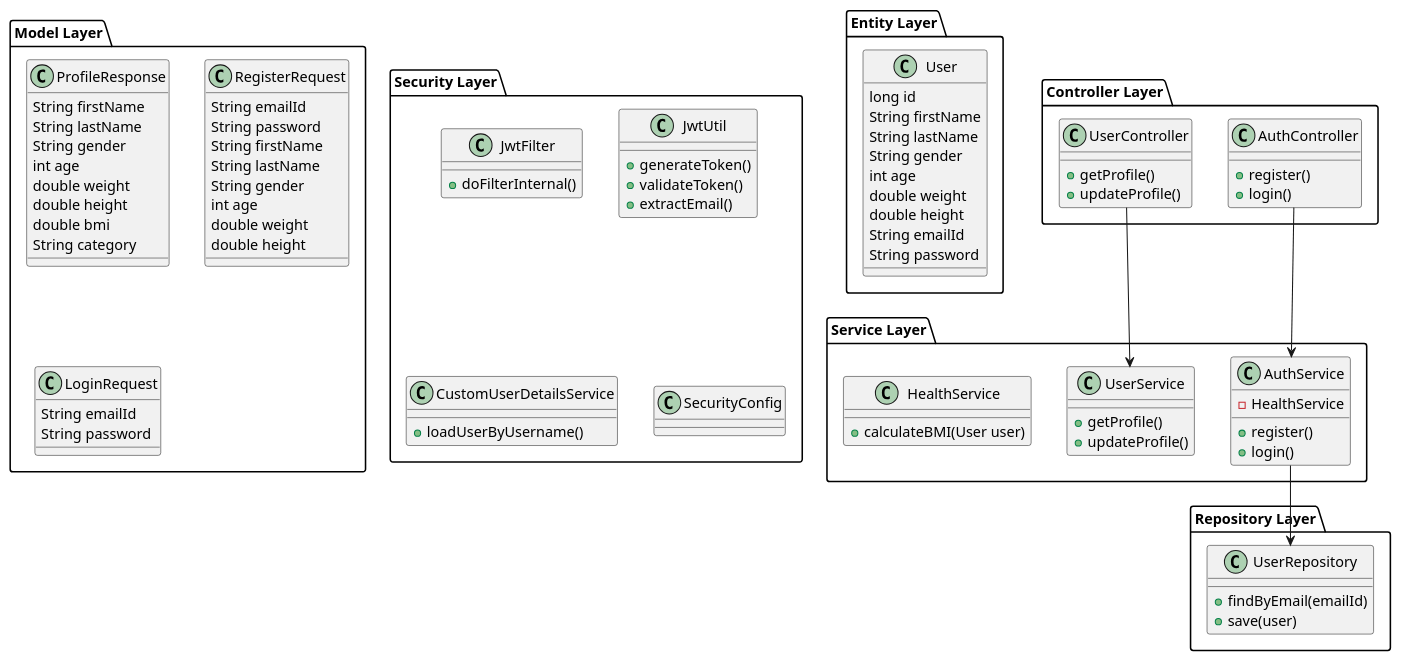
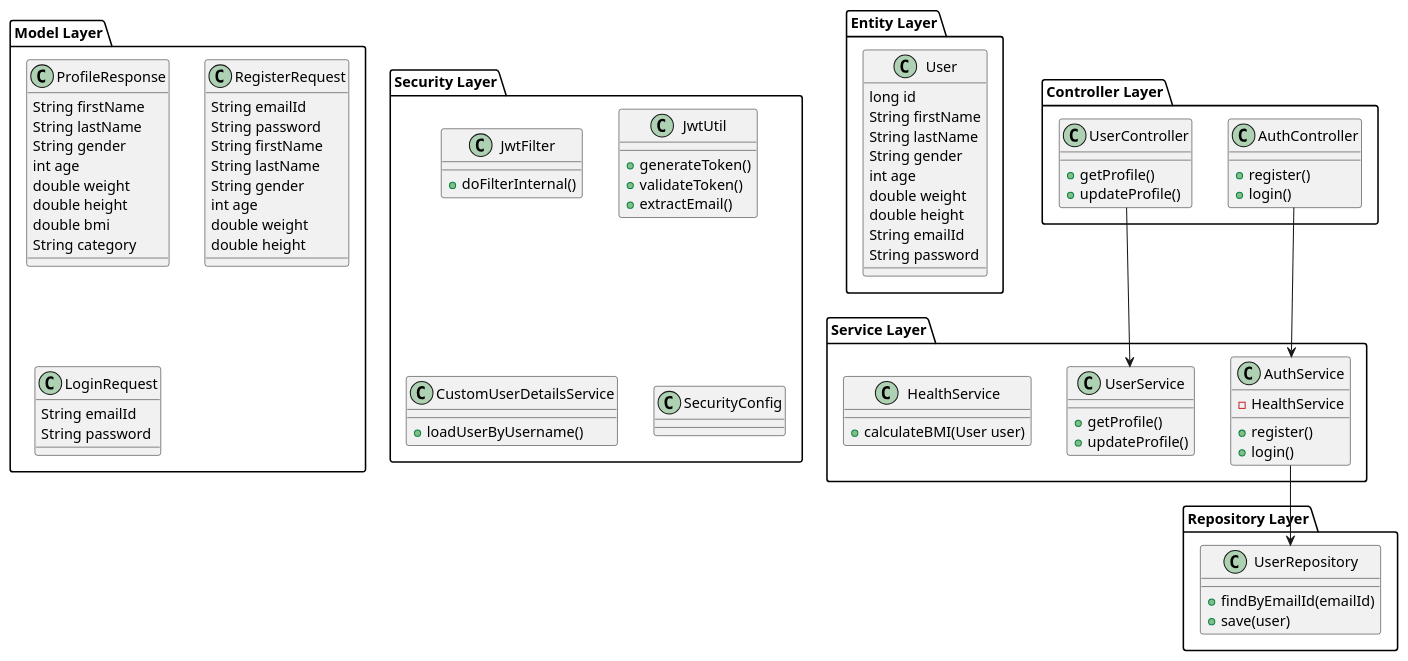
Before and after one commit to neha702/SwasthaTrack: the diagram in README.md, drawn with PlantUML. The commit also changed 21 other files, not shown here.

```diff
--- a/README.md
+++ b/README.md
@@ -196,7 +196,7 @@
 
 package "Repository Layer" {
     class UserRepository {
-        +findByEmail(emailId)
+        +findByEmailId(emailId)
         +save(user)
     }
 }
```
